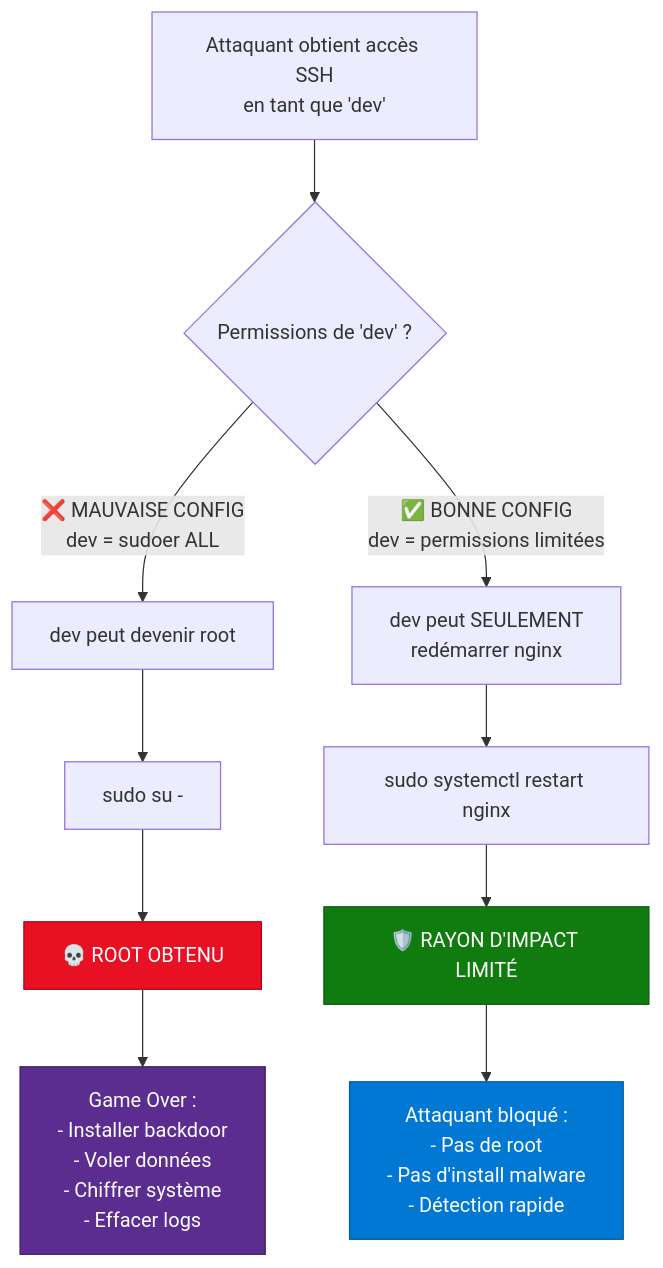
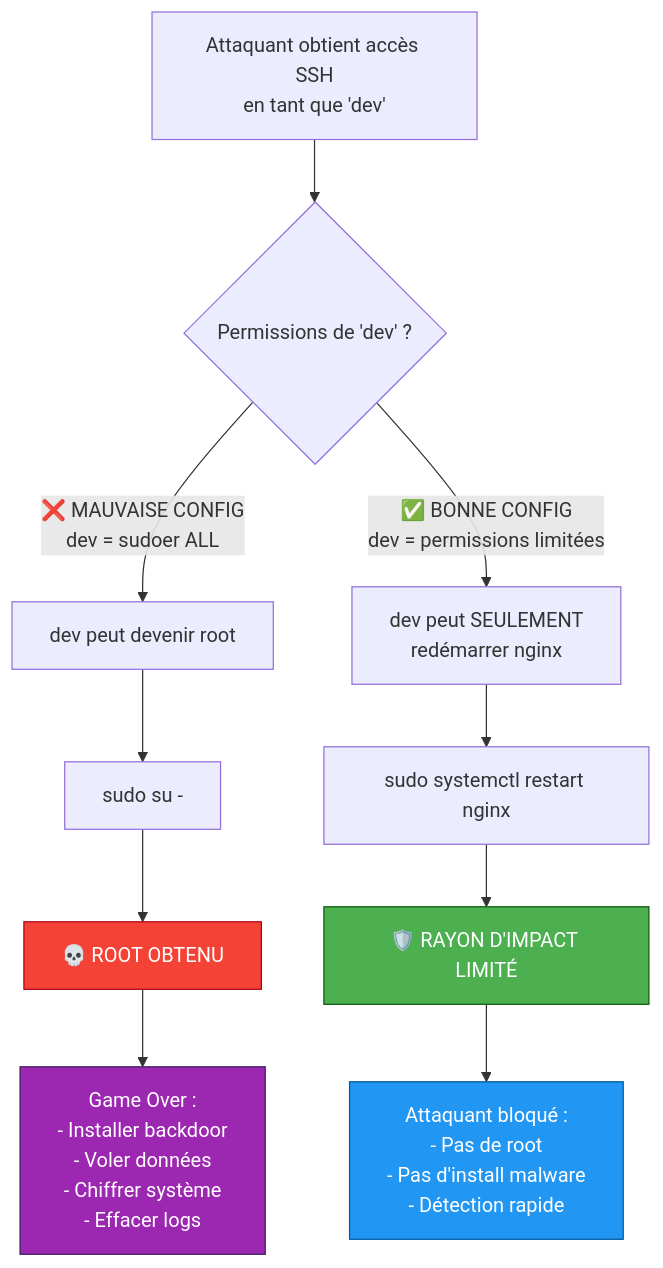
One commit to VBlackJack/ShellBook changed the first of 2 diagrams in docs/formations/linux-hardening/02-module.md. Above: the diagram before and after it, drawn with Mermaid. The commit also changed other lines of this file and 337 other files, not shown here.

First line of the commit message:
refactor(docs): Standardize code blocks and Mermaid colors

````diff
--- a/docs/formations/linux-hardening/02-module.md
+++ b/docs/formations/linux-hardening/02-module.md
@@ -34,19 +34,19 @@
 ```mermaid
 flowchart TD
     A[Attaquant obtient accès SSH<br/>en tant que 'dev'] --> B{Permissions de 'dev' ?}
 
     B -->|❌ MAUVAISE CONFIG<br/>dev = sudoer ALL| C[dev peut devenir root]
     C --> D[sudo su -]
     D --> E[💀 ROOT OBTENU]
     E --> F[Game Over :<br/>- Installer backdoor<br/>- Voler données<br/>- Chiffrer système<br/>- Effacer logs]
 
     B -->|✅ BONNE CONFIG<br/>dev = permissions limitées| G[dev peut SEULEMENT<br/>redémarrer nginx]
     G --> H[sudo systemctl restart nginx]
     H --> I[🛡️ RAYON D'IMPACT LIMITÉ]
     I --> J[Attaquant bloqué :<br/>- Pas de root<br/>- Pas d'install malware<br/>- Détection rapide]
 
-    style E fill:#e81123,stroke:#b00016,color:#fff
-    style F fill:#5c2d91,stroke:#3d1e5f,color:#fff
-    style I fill:#107c10,stroke:#0b5a0d,color:#fff
-    style J fill:#0078d4,stroke:#005a9e,color:#fff
+    style E fill:#f44336,stroke:#b00016,color:#fff
+    style F fill:#9C27B0,stroke:#3d1e5f,color:#fff
+    style I fill:#4CAF50,stroke:#0b5a0d,color:#fff
+    style J fill:#2196F3,stroke:#005a9e,color:#fff
 ```
````
